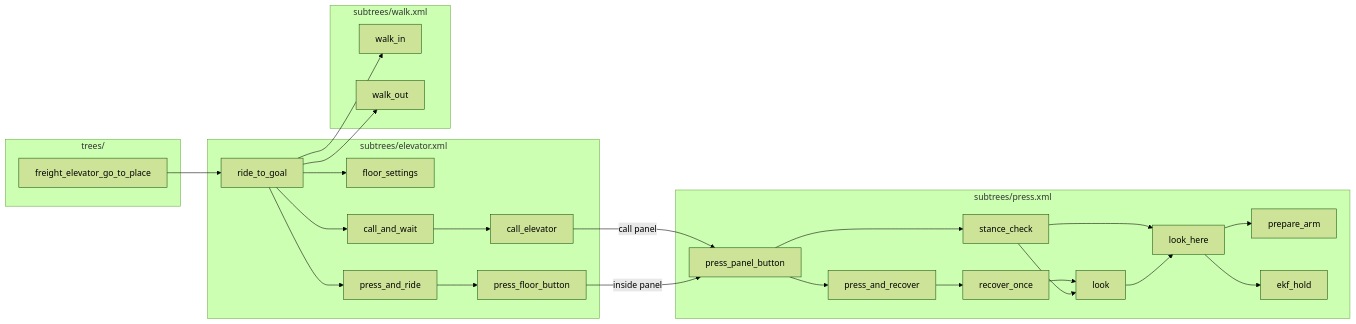
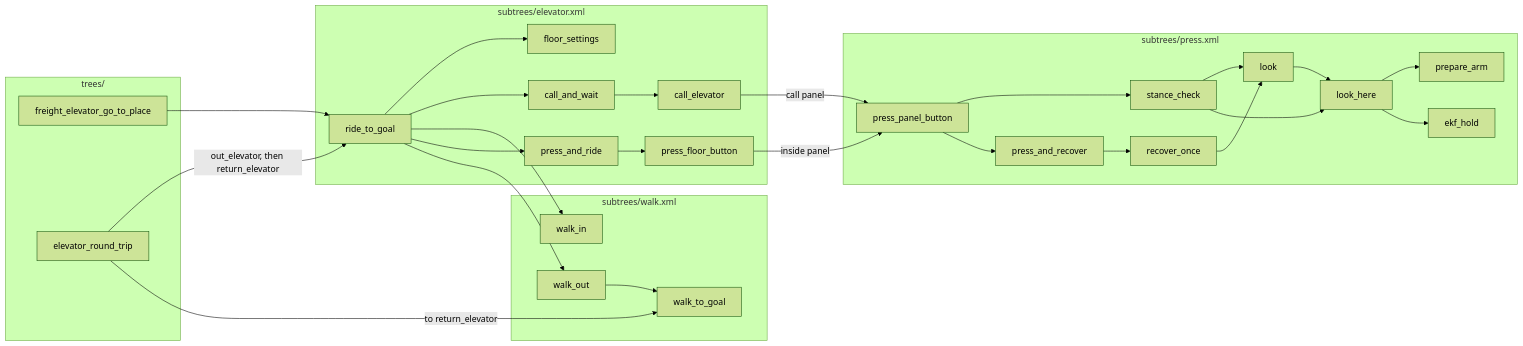
Before and after one commit to EigenVectorRobotics/orchestrator: the first of 3 diagrams in docs/design/trees.md, drawn with Mermaid (forest theme). The commit also changed other lines of this file and 43 other files, not shown here.

First line of the commit message:
feat(elevator): two-elevator round trip, places named by elevator

````diff
--- a/docs/design/trees.md
+++ b/docs/design/trees.md
@@ -9,47 +9,52 @@
 ```mermaid
 flowchart LR
   subgraph TRF["trees/"]
     FE["freight_elevator_go_to_place"]
+    RT["elevator_round_trip"]
   end
   subgraph EL["subtrees/elevator.xml"]
     RTG["ride_to_goal"]
     FS["floor_settings"]
     CAW["call_and_wait"]
     CE["call_elevator"]
     PAR["press_and_ride"]
     PFB["press_floor_button"]
   end
   subgraph WK["subtrees/walk.xml"]
     WI["walk_in"]
     WO["walk_out"]
+    WG["walk_to_goal"]
   end
   subgraph PR["subtrees/press.xml"]
     PPB["press_panel_button"]
     SC["stance_check"]
     PNR["press_and_recover"]
     RO["recover_once"]
     LK["look"]
     LH["look_here"]
     PA["prepare_arm"]
     EH["ekf_hold"]
   end
   FE --> RTG
+  RT -->|"out_elevator, then return_elevator"| RTG
+  RT -->|"to return_elevator"| WG
+  WO --> WG
   RTG --> FS
   RTG --> CAW
   RTG --> WI
   RTG --> PAR
   RTG --> WO
   CAW --> CE
   PAR --> PFB
   CE -->|"call panel"| PPB
   PFB -->|"inside panel"| PPB
   PPB --> SC
   PPB --> PNR
   PNR --> RO
   RO --> LK
   SC --> LK
   SC --> LH
   LK --> LH
   LH --> PA
   LH --> EH
 ```
````
